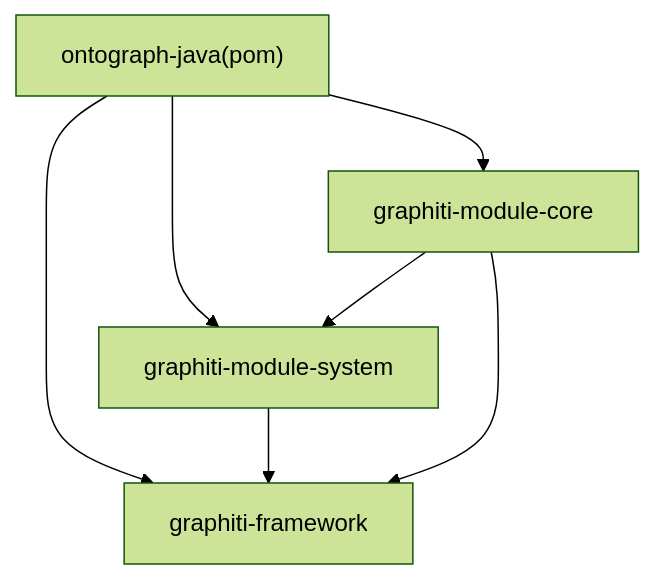
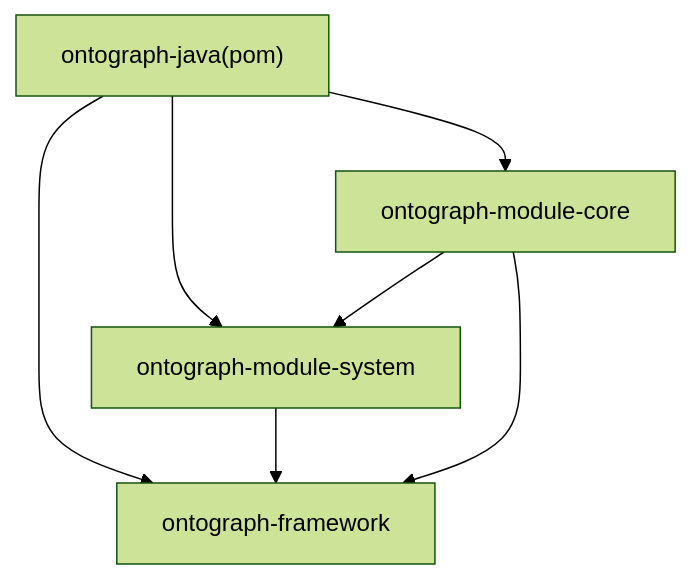
One commit to joezxh/graphiti-java changed the eighth of 8 diagrams in docs/manual/核心模块/核心模块.md. Above: the diagram before and after it, drawn with Mermaid (forest theme). The commit also changed other lines of this file and 200 other files, not shown here.

````diff
--- a/docs/manual/核心模块/核心模块.md
+++ b/docs/manual/核心模块/核心模块.md
@@ -368,13 +368,13 @@
 ```mermaid
 graph TB
 Parent["ontograph-java(pom)"]
-FW["graphiti-framework"]
-SYS["graphiti-module-system"]
-CORE["graphiti-module-core"]
+FW["ontograph-framework"]
+SYS["ontograph-module-system"]
+CORE["ontograph-module-core"]
 Parent --> FW
 Parent --> SYS
 Parent --> CORE
 SYS --> FW
 CORE --> SYS
 CORE --> FW
 ```
````
